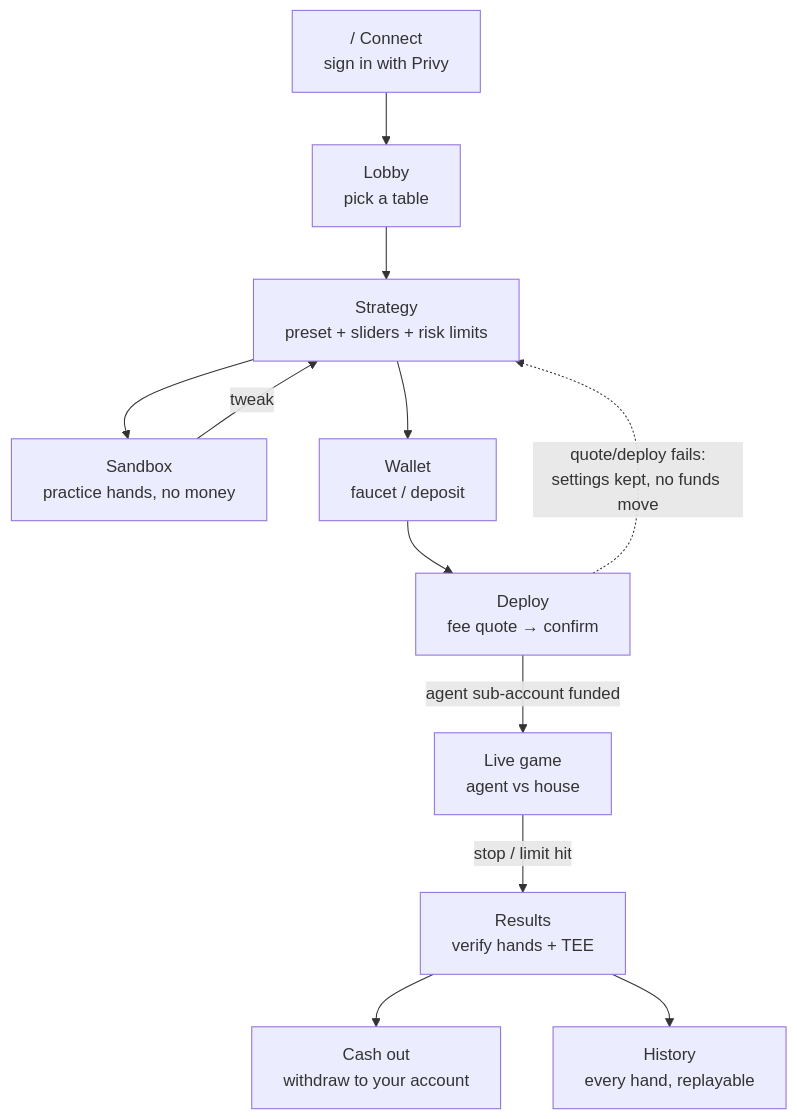
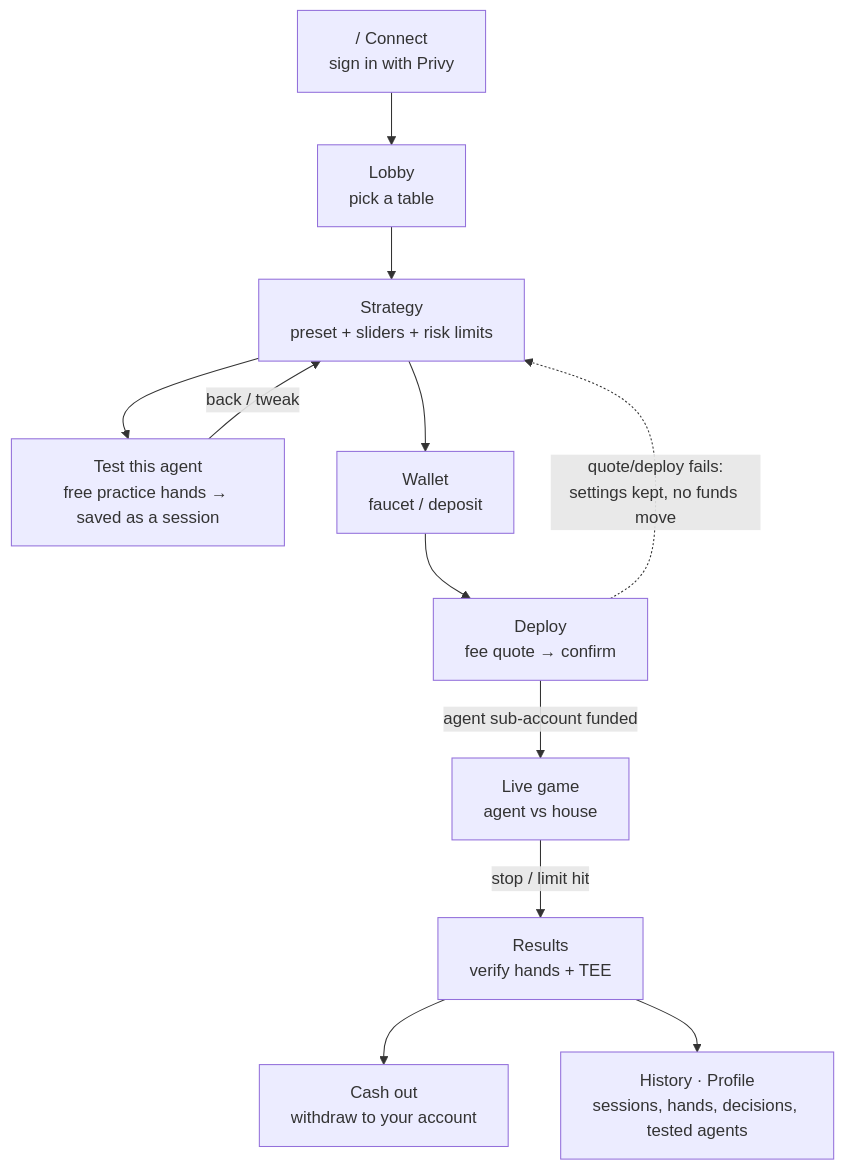
The third of 5 diagrams in README.md (Neeraj1850/bluffalo-v1), drawn with Mermaid before and after one commit. The commit also changed other lines of this file and 1 other file, not shown here.

````diff
--- a/README.md
+++ b/README.md
@@ -176,14 +213,14 @@
 ```mermaid
 flowchart TD
     A["/ Connect<br/>sign in with Privy"] --> B["Lobby<br/>pick a table"]
     B --> C["Strategy<br/>preset + sliders + risk limits"]
-    C --> D["Sandbox<br/>practice hands, no money"]
-    D -->|tweak| C
+    C --> D["Test this agent<br/>free practice hands → saved as a session"]
+    D -->|"back / tweak"| C
     C --> W["Wallet<br/>faucet / deposit"]
     W --> E["Deploy<br/>fee quote → confirm"]
     E -->|"agent sub-account funded"| F["Live game<br/>agent vs house"]
     F -->|"stop / limit hit"| G["Results<br/>verify hands + TEE"]
     G --> H["Cash out<br/>withdraw to your account"]
-    G --> I["History<br/>every hand, replayable"]
+    G --> I["History · Profile<br/>sessions, hands, decisions, tested agents"]
     E -.->|"quote/deploy fails:<br/>settings kept, no funds move"| C
 ```
````
